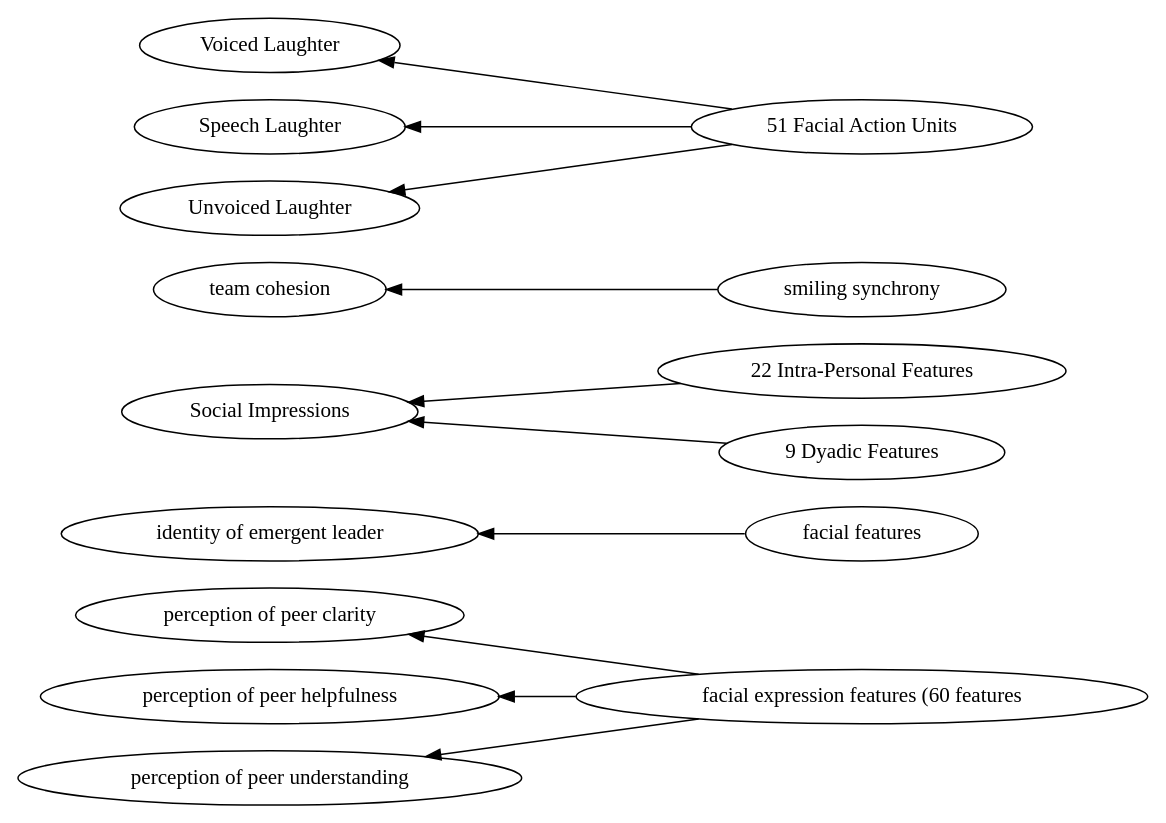
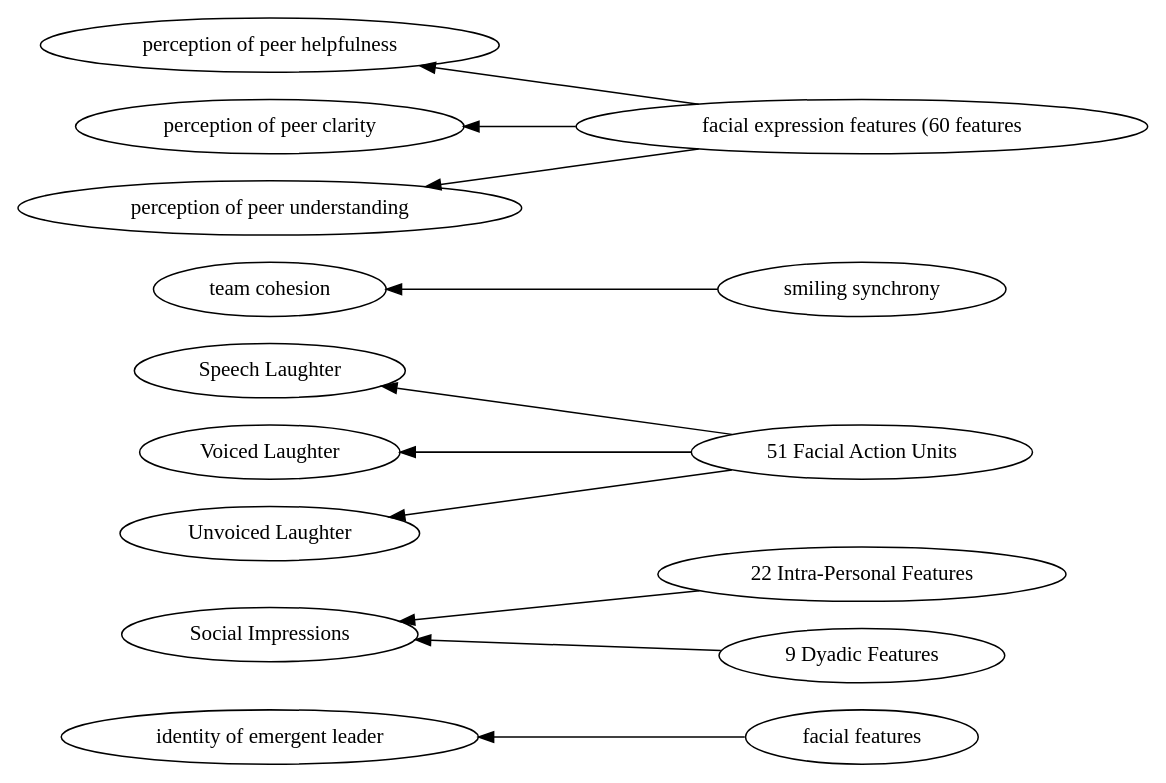
Before and after one commit to hgse-schneider/mmca: the diagram in graphviz/Head -> interpersonal.gv, drawn with Graphviz. The commit also changed 115 other files, not shown here.

```diff
--- a/graphviz/Head -> interpersonal.gv
+++ b/graphviz/Head -> interpersonal.gv
@@ -1,28 +1,28 @@
 digraph Test {
 	rankdir=RL
 	size="10,10"
 	overlap=false
 	splines=true
-	{rank=same; "facial expression features (60 features" "facial features" "22 Intra-Personal Features" "9 Dyadic Features" "smiling synchrony" "51 Facial Action Units";}
-	{rank=same; "perception of peer clarity" "identity of emergent leader" "perception of peer helpfulness" "team cohesion" "Social Impressions" "Voiced Laughter" "perception of peer understanding" "Speech Laughter" "Unvoiced Laughter";}
-	"51 Facial Action Units" [href="https://scholar.google.com/scholar?hl=en&q=Automatic%20Recognition%20of%20Affective%20Laughter%20in%20Spontaneous%20Dyadic%20Interactions%20from%20Audiovisual%20Signals"]
+	{rank=same; "facial features" "22 Intra-Personal Features" "51 Facial Action Units" "9 Dyadic Features" "smiling synchrony" "facial expression features (60 features";}
+	{rank=same; "perception of peer helpfulness" "Speech Laughter" "perception of peer clarity" "Voiced Laughter" "Unvoiced Laughter" "team cohesion" "identity of emergent leader" "perception of peer understanding" "Social Impressions";}
+	"51 Facial Action Units" [href="https://scholar.google.com/scholar?hl=en&q=Automatic%20Recognition%20of%20Affective%20Laughter%20in%20Spontaneous%20Dyadic%20Interactions%20from%20Audiovisual%20Signals" target=_blank]
 	"51 Facial Action Units" -> "Voiced Laughter"
-	"51 Facial Action Units" [href="https://scholar.google.com/scholar?hl=en&q=Automatic%20Recognition%20of%20Affective%20Laughter%20in%20Spontaneous%20Dyadic%20Interactions%20from%20Audiovisual%20Signals"]
+	"51 Facial Action Units" [href="https://scholar.google.com/scholar?hl=en&q=Automatic%20Recognition%20of%20Affective%20Laughter%20in%20Spontaneous%20Dyadic%20Interactions%20from%20Audiovisual%20Signals" target=_blank]
 	"51 Facial Action Units" -> "Unvoiced Laughter"
-	"51 Facial Action Units" [href="https://scholar.google.com/scholar?hl=en&q=Automatic%20Recognition%20of%20Affective%20Laughter%20in%20Spontaneous%20Dyadic%20Interactions%20from%20Audiovisual%20Signals"]
+	"51 Facial Action Units" [href="https://scholar.google.com/scholar?hl=en&q=Automatic%20Recognition%20of%20Affective%20Laughter%20in%20Spontaneous%20Dyadic%20Interactions%20from%20Audiovisual%20Signals" target=_blank]
 	"51 Facial Action Units" -> "Speech Laughter"
-	"22 Intra-Personal Features" [href="https://scholar.google.com/scholar?hl=en&q=Personality%20classification%20and%20behaviour%20interpretation:%20An%20approach%20based%20on%20feature%20categories"]
+	"22 Intra-Personal Features" [href="https://scholar.google.com/scholar?hl=en&q=Personality%20classification%20and%20behaviour%20interpretation:%20An%20approach%20based%20on%20feature%20categories" target=_blank]
 	"22 Intra-Personal Features" -> "Social Impressions"
-	"9 Dyadic Features" [href="https://scholar.google.com/scholar?hl=en&q=Personality%20classification%20and%20behaviour%20interpretation:%20An%20approach%20based%20on%20feature%20categories"]
+	"9 Dyadic Features" [href="https://scholar.google.com/scholar?hl=en&q=Personality%20classification%20and%20behaviour%20interpretation:%20An%20approach%20based%20on%20feature%20categories" target=_blank]
 	"9 Dyadic Features" -> "Social Impressions"
-	"facial features" [href="https://scholar.google.com/scholar?hl=en&q=Real-time%20mutual%20gaze%20perception"]
+	"facial features" [href="https://scholar.google.com/scholar?hl=en&q=Real-time%20mutual%20gaze%20perception" target=_blank]
 	"facial features" -> "identity of emergent leader"
-	"facial expression features (60 features" [href="https://scholar.google.com/scholar?hl=en&q=Multimodal%20Analysis%20of%20Vocal%20Collaborative%20Search:A%20Public%20Corpus%20and%20Results"]
+	"facial expression features (60 features" [href="https://scholar.google.com/scholar?hl=en&q=Multimodal%20Analysis%20of%20Vocal%20Collaborative%20Search:A%20Public%20Corpus%20and%20Results" target=_blank]
 	"facial expression features (60 features" -> "perception of peer helpfulness"
-	"facial expression features (60 features" [href="https://scholar.google.com/scholar?hl=en&q=Multimodal%20Analysis%20of%20Vocal%20Collaborative%20Search:A%20Public%20Corpus%20and%20Results"]
+	"facial expression features (60 features" [href="https://scholar.google.com/scholar?hl=en&q=Multimodal%20Analysis%20of%20Vocal%20Collaborative%20Search:A%20Public%20Corpus%20and%20Results" target=_blank]
 	"facial expression features (60 features" -> "perception of peer understanding"
-	"facial expression features (60 features" [href="https://scholar.google.com/scholar?hl=en&q=Multimodal%20Analysis%20of%20Vocal%20Collaborative%20Search:A%20Public%20Corpus%20and%20Results"]
+	"facial expression features (60 features" [href="https://scholar.google.com/scholar?hl=en&q=Multimodal%20Analysis%20of%20Vocal%20Collaborative%20Search:A%20Public%20Corpus%20and%20Results" target=_blank]
 	"facial expression features (60 features" -> "perception of peer clarity"
-	"smiling synchrony" [href="https://scholar.google.com/scholar?hl=en&q=Physiological%20evidence%20of%20interpersonal%20dynamics%20in%20a%20cooperative%20production%20task"]
+	"smiling synchrony" [href="https://scholar.google.com/scholar?hl=en&q=Physiological%20evidence%20of%20interpersonal%20dynamics%20in%20a%20cooperative%20production%20task" target=_blank]
 	"smiling synchrony" -> "team cohesion"
 }
```
